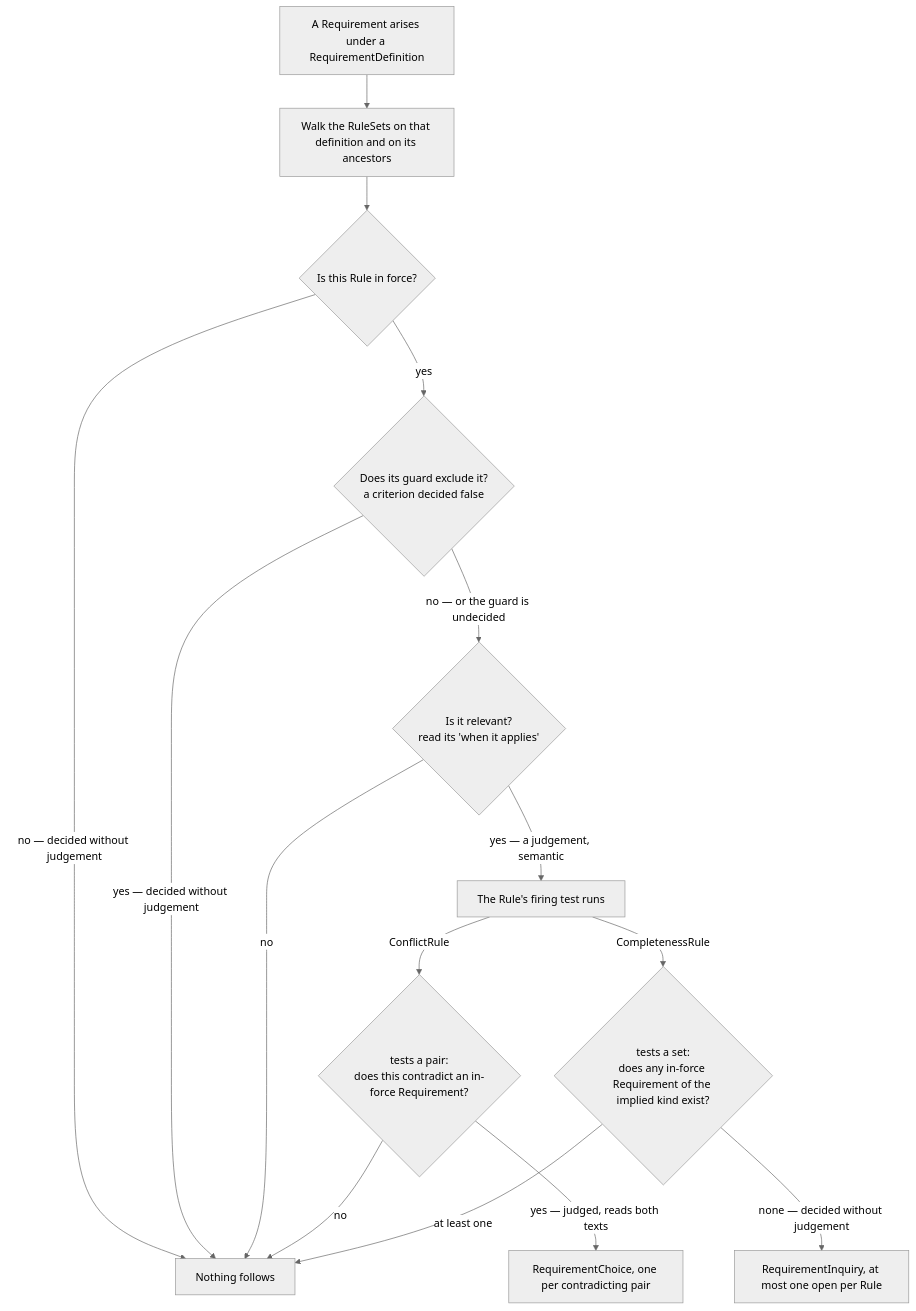
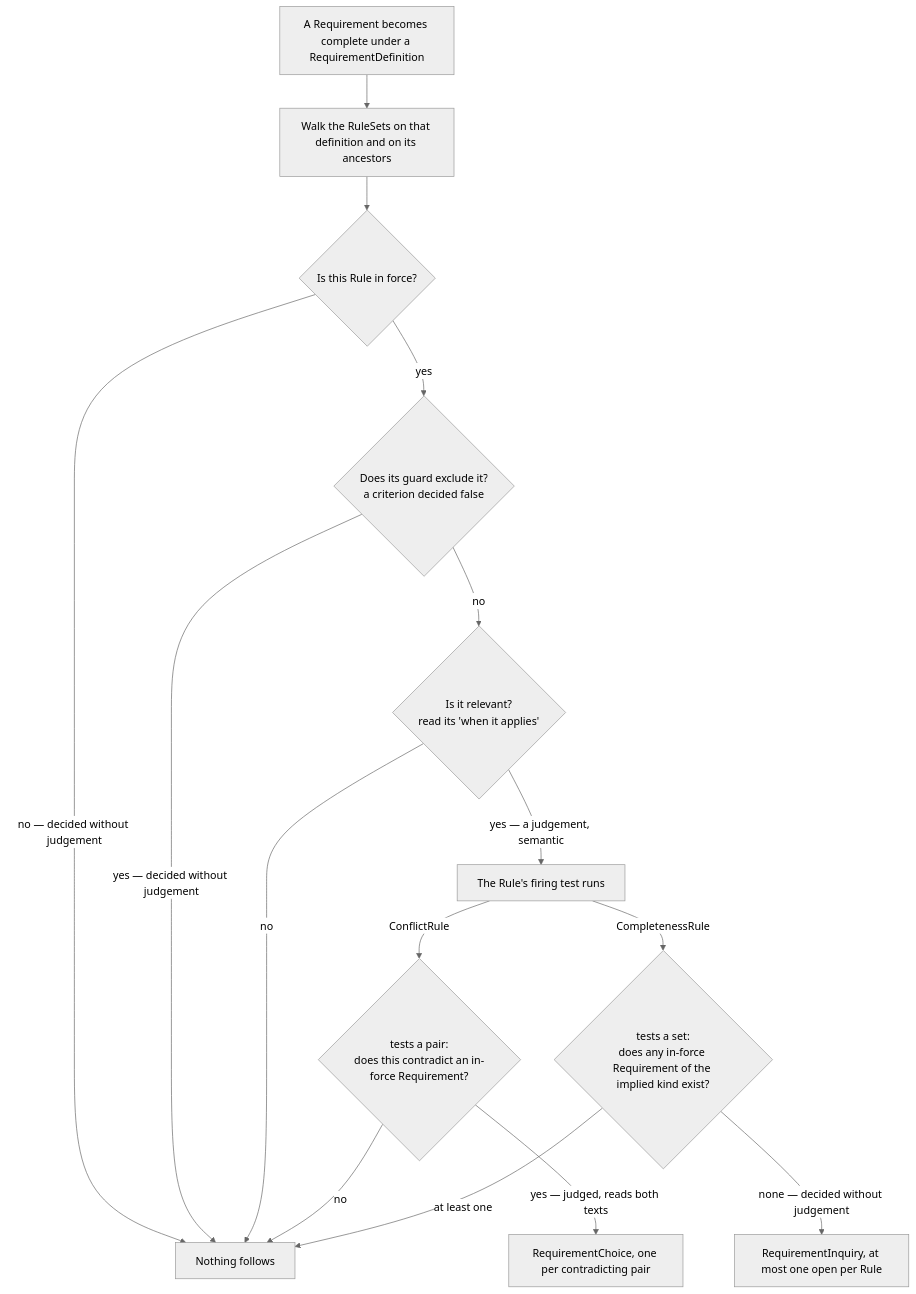
The third of 3 diagrams in spec/03-project-lifecycle-model.md (szantob/ProjectML), drawn with Mermaid (neutral theme) before and after one commit. The commit also changed other lines of this file, not shown here.

First line of the commit message:
Add ValueRule, decide every guard, and walk a requirement once (K103, K115-K128)

````diff
--- a/spec/03-project-lifecycle-model.md
+++ b/spec/03-project-lifecycle-model.md
@@ -422,18 +463,18 @@
 ```mermaid
 flowchart TD
-    A["A Requirement arises under a RequirementDefinition"]
+    A["A Requirement becomes complete under a RequirementDefinition"]
     A --> B["Walk the RuleSets on that definition and on its ancestors"]
     B --> S{"Is this Rule in force?"}
     S -->|"no — decided without judgement"| Z["Nothing follows"]
     S -->|"yes"| Q{"Does its guard exclude it?<br/>a criterion decided false"}
     Q -->|"yes — decided without judgement"| Z
-    Q -->|"no — or the guard is undecided"| C{"Is it relevant?<br/>read its 'when it applies'"}
+    Q -->|"no"| C{"Is it relevant?<br/>read its 'when it applies'"}
     C -->|"no"| Z
     C -->|"yes — a judgement, semantic"| D["The Rule's firing test runs"]
     D -->|"ConflictRule"| E{"tests a pair:<br/>does this contradict an in-force Requirement?"}
     D -->|"CompletenessRule"| F{"tests a set:<br/>does any in-force Requirement of the implied kind exist?"}
     E -->|"no"| Z
     E -->|"yes — judged, reads both texts"| G["RequirementChoice, one per contradicting pair"]
     F -->|"at least one"| Z
     F -->|"none — decided without judgement"| H["RequirementInquiry, at most one open per Rule"]
 ```
````
